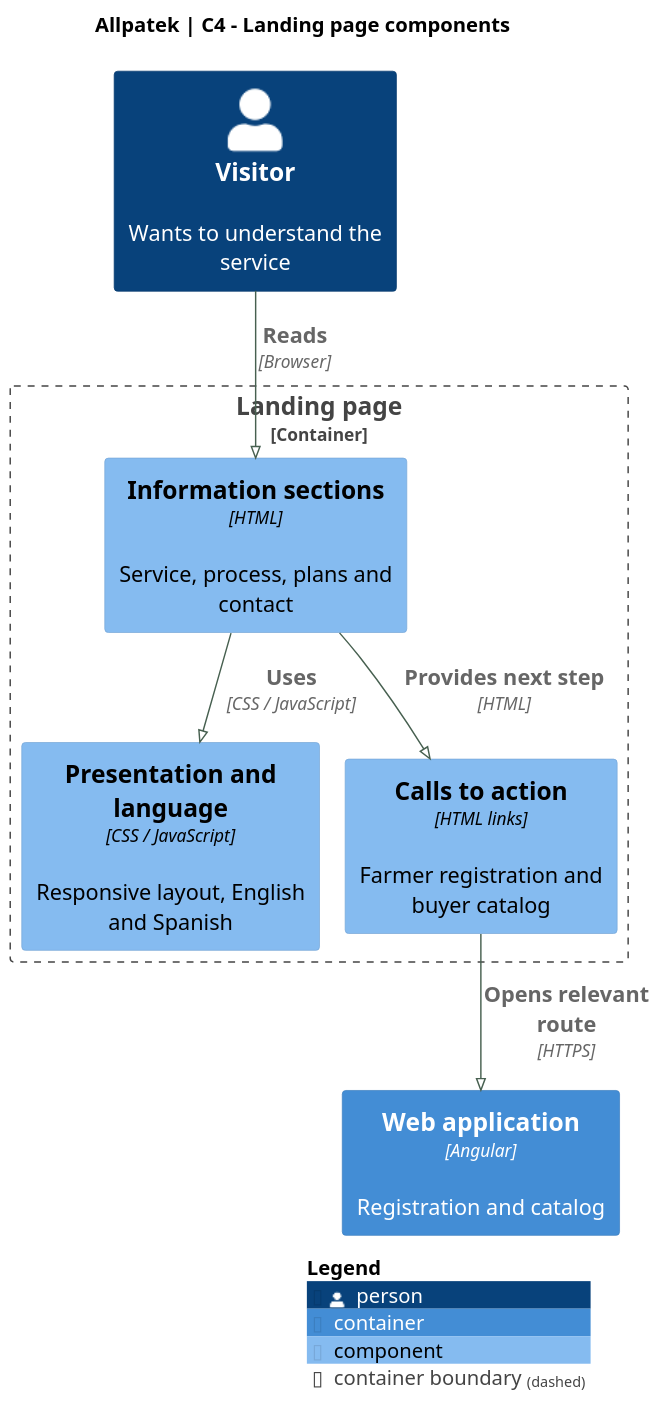
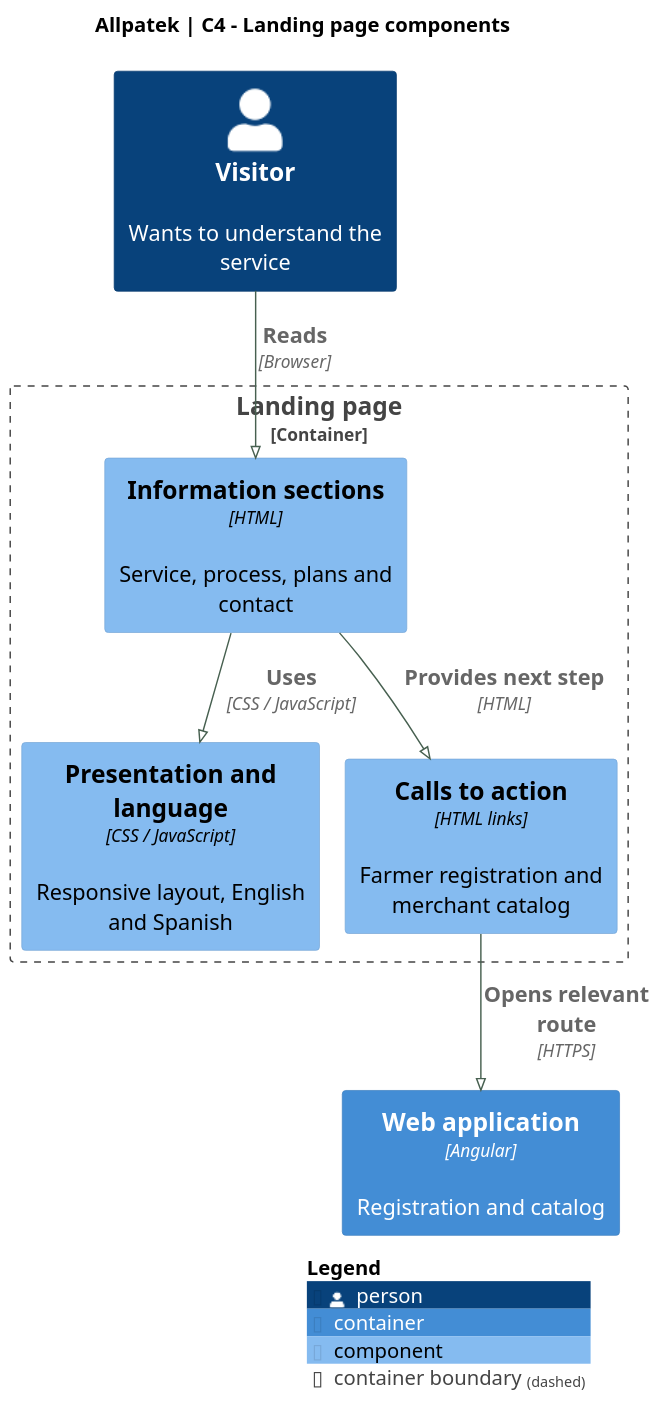
One commit to upc-pre-202620-1asi0729-7753-Terranova/allpatek-report changed the diagram in assets/chapter-04/architecture/06-landing-components.puml. Above: the diagram before and after it, drawn with PlantUML. The commit also changed 12 other files, not shown here.

Commit message:
docs(architecture): align terminology and event traceability

```diff
--- a/assets/chapter-04/architecture/06-landing-components.puml
+++ b/assets/chapter-04/architecture/06-landing-components.puml
@@ -1,27 +1,27 @@
 @startuml
 !pragma layout smetana
 !include <C4/C4_Component>
 skinparam backgroundColor white
 skinparam defaultFontName SansSerif
 skinparam defaultFontSize 15
 skinparam shadowing false
 skinparam classAttributeIconSize 0
 skinparam ArrowColor #476050
 skinparam dpi 140
 title Allpatek | C4 - Landing page components
 
 LAYOUT_TOP_DOWN()
 Person(visitor,"Visitor","Wants to understand the service")
 Container_Boundary(landing,"Landing page") {
  Component(sections,"Information sections","HTML","Service, process, plans and contact")
  Component(style,"Presentation and language","CSS / JavaScript","Responsive layout, English and Spanish")
- Component(links,"Calls to action","HTML links","Farmer registration and buyer catalog")
+ Component(links,"Calls to action","HTML links","Farmer registration and merchant catalog")
 }
 Container(web,"Web application","Angular","Registration and catalog")
 Rel(visitor,sections,"Reads", "Browser")
 Rel(sections,style,"Uses", "CSS / JavaScript")
 Rel(sections,links,"Provides next step", "HTML")
 Rel(links,web,"Opens relevant route", "HTTPS")
 SHOW_LEGEND()
 
 @enduml
```
